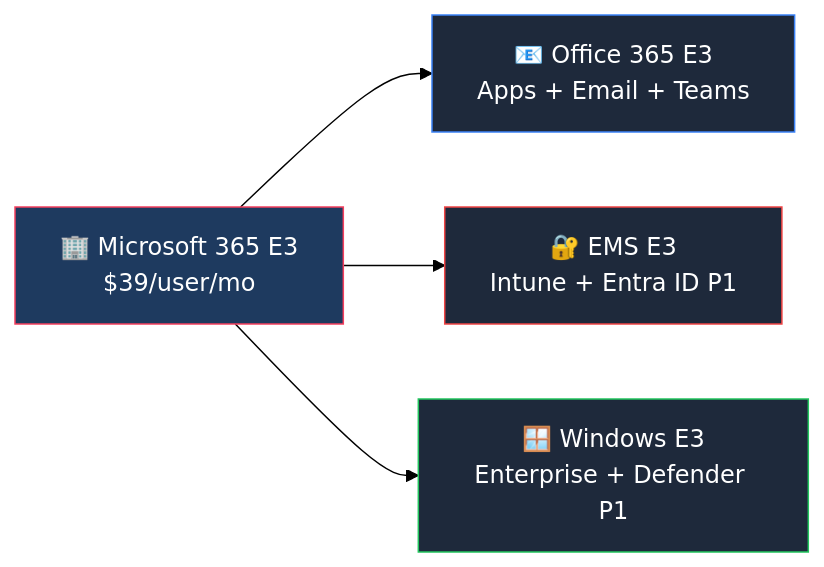
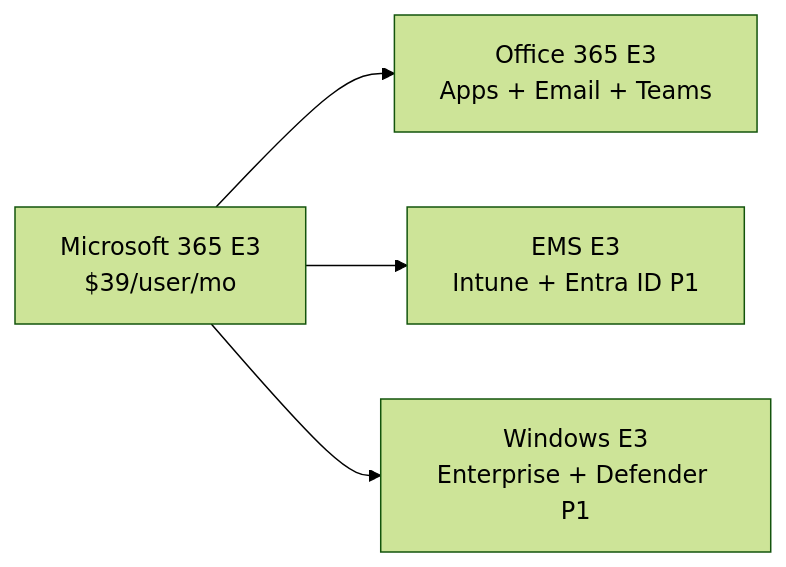
Before and after one commit to susanthgit/aguidetocloud-revamp: the first of 3 diagrams in content/licensing/microsoft-365-e3.md, drawn with Mermaid (forest theme). The commit also changed other lines of this file and 553 other files, not shown here.

First line of the commit message:
🌸 Z17: Zen Mermaid diagrams — Stripe Docs style

````diff
--- a/content/licensing/microsoft-365-e3.md
+++ b/content/licensing/microsoft-365-e3.md
@@ -55,14 +55,10 @@
 ```mermaid
 flowchart LR
-    E3["🏢 Microsoft 365 E3\n$39/user/mo"]
-    O365["📧 Office 365 E3\nApps + Email + Teams"]
-    EMS["🔐 EMS E3\nIntune + Entra ID P1"]
-    WIN["🪟 Windows E3\nEnterprise + Defender P1"]
+    E3["Microsoft 365 E3<br/>$39/user/mo"]
+    O365["Office 365 E3<br/>Apps + Email + Teams"]
+    EMS["EMS E3<br/>Intune + Entra ID P1"]
+    WIN["Windows E3<br/>Enterprise + Defender P1"]
     E3 --> O365
     E3 --> EMS
     E3 --> WIN
-    style E3 fill:#1e3a5f,stroke:#F43F5E,color:#ffffff
-    style O365 fill:#1e293b,stroke:#3b82f6,color:#ffffff
-    style EMS fill:#1e293b,stroke:#ef4444,color:#ffffff
-    style WIN fill:#1e293b,stroke:#22c55e,color:#ffffff
 ```
````
